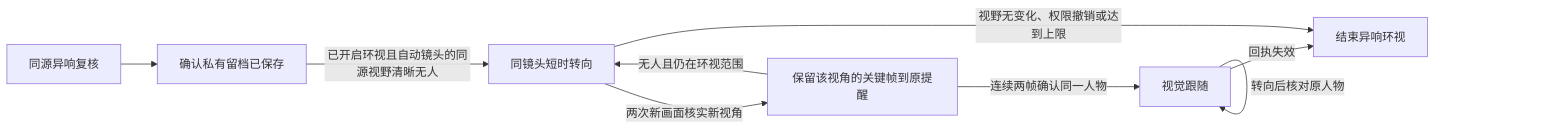
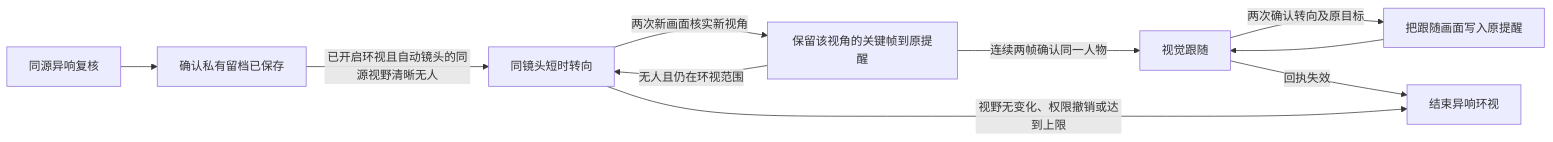
The sixth of 25 diagrams in docs/architecture.md (Geeprox/Friday), drawn with Mermaid before and after one commit. The commit also changed other lines of this file and 9 other files, not shown here.

````diff
--- a/docs/architecture.md
+++ b/docs/architecture.md
@@ -163,11 +165,12 @@
 ```mermaid
 flowchart LR
   A[同源异响复核] --> B[确认私有留档已保存]
   B -->|已开启环视且自动镜头的同源视野清晰无人| C[同镜头短时转向]
   C -->|两次新画面核实新视角| F[保留该视角的关键帧到原提醒]
   F -->|无人且仍在环视范围| C
   F -->|连续两帧确认同一人物| D[视觉跟随]
-  D -->|转向后核对原人物| D
+  D -->|两次确认转向及原目标| G[把跟随画面写入原提醒]
+  G --> D
   D -->|回执失效| E
   C -->|视野无变化、权限撤销或达到上限| E[结束异响环视]
 ```
````
